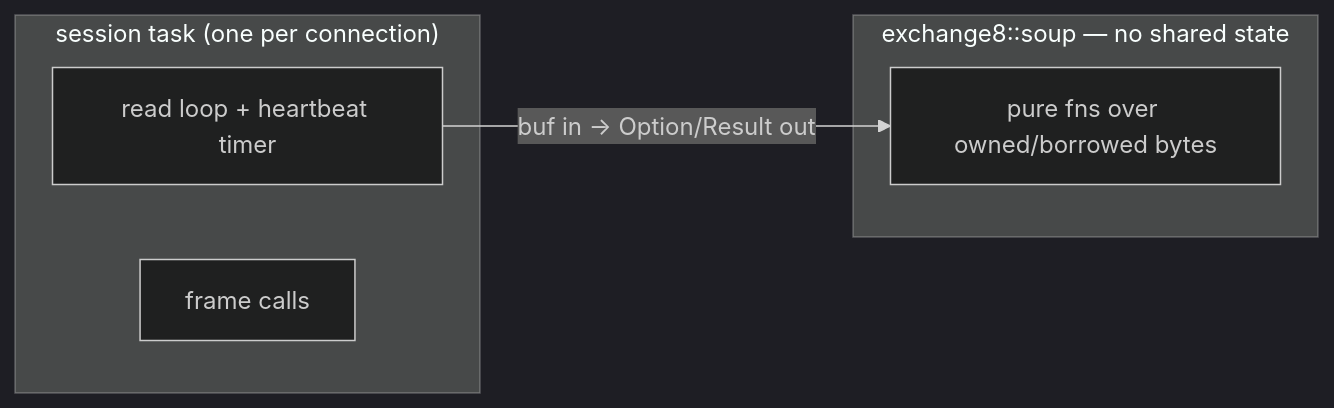
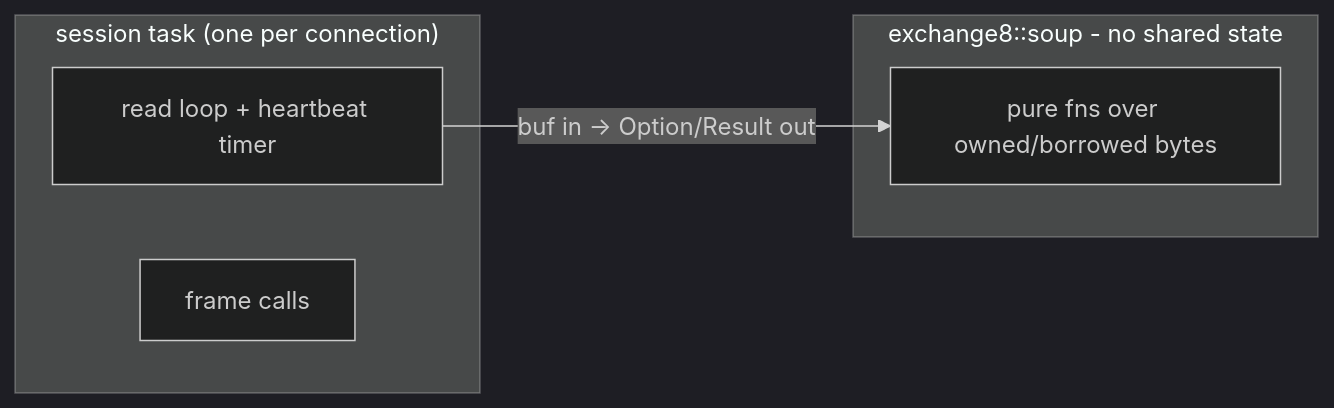
One commit to Exchange8-dev/exchange8-sdk changed the seventh of 8 diagrams in crates/soup/DESIGN.md. Above: the diagram before and after it, drawn with Mermaid (dark theme). The commit also changed other lines of this file and 60 other files, not shown here.

````diff
--- a/crates/soup/DESIGN.md
+++ b/crates/soup/DESIGN.md
@@ -294,11 +294,11 @@
 ```mermaid
 graph LR
     subgraph CONSUMER["session task (one per connection)"]
         T["read loop + heartbeat timer"]
         C["frame calls"]
     end
-    subgraph LIB["exchange8::soup — no shared state"]
+    subgraph LIB["exchange8::soup - no shared state"]
         F["pure fns over owned/borrowed bytes"]
     end
     T -->|"buf in → Option/Result out"| F
 ```
````
